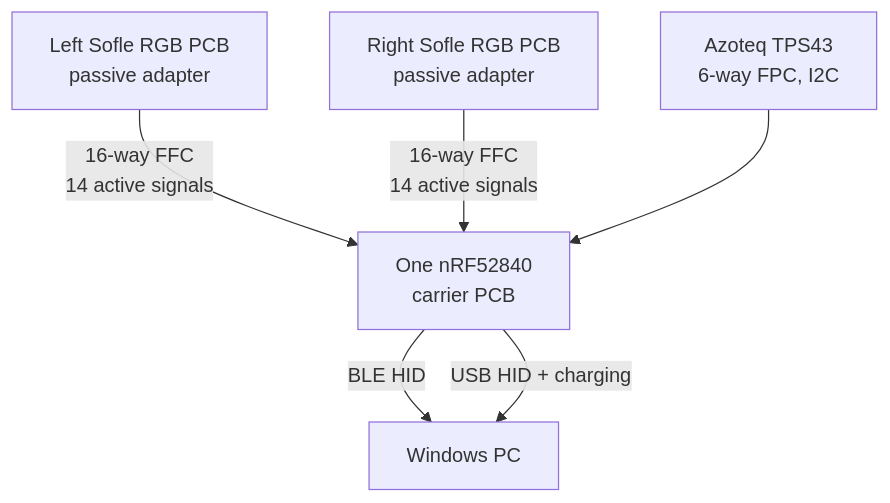
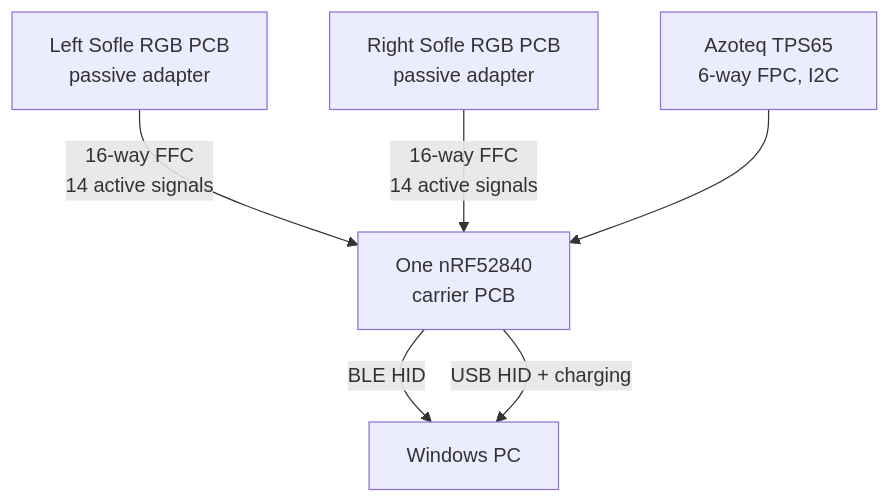
One commit to bhadkamkar9snehil/Sofpad changed the first of 2 diagrams in hardware/r3/ARCHITECTURE.md. Above: the diagram before and after it, drawn with Mermaid. The commit also changed other lines of this file and 26 other files, not shown here.

````diff
--- a/hardware/r3/ARCHITECTURE.md
+++ b/hardware/r3/ARCHITECTURE.md
@@ -37,8 +37,8 @@
 ```mermaid
 flowchart TB
   L["Left Sofle RGB PCB\npassive adapter"] -->|"16-way FFC\n14 active signals"| C["One nRF52840\ncarrier PCB"]
   R["Right Sofle RGB PCB\npassive adapter"] -->|"16-way FFC\n14 active signals"| C
-  T["Azoteq TPS43\n6-way FPC, I2C"] --> C
+  T["Azoteq TPS65\n6-way FPC, I2C"] --> C
   C -->|"BLE HID"| PC["Windows PC"]
   C -->|"USB HID + charging"| PC
 ```
````
